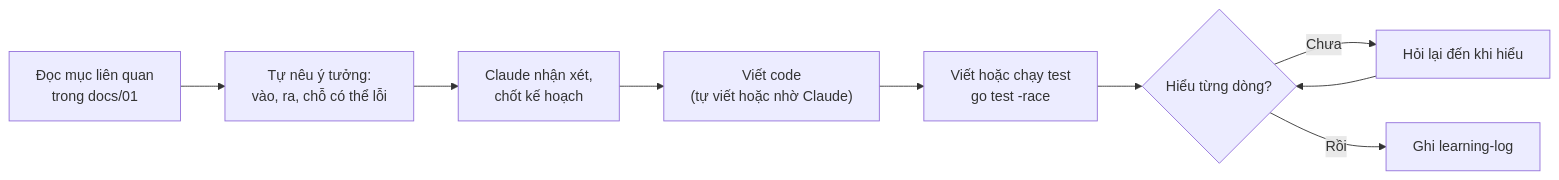
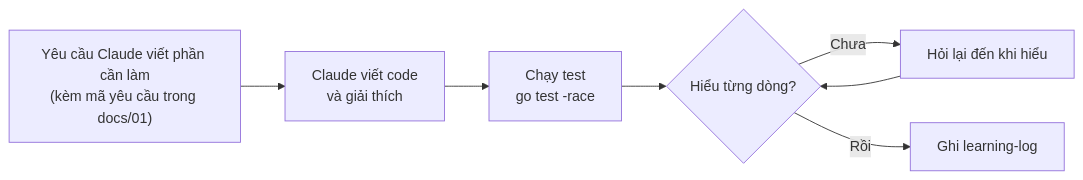
The first of 2 diagrams in docs/03-coding-guidelines.md (DuongNT261/conversion-pipeline), drawn with Mermaid before and after one commit. The commit also changed 4 other files, not shown here.

Commit message:
docs: switch claude to write-first mentoring flow

````diff
--- a/docs/03-coding-guidelines.md
+++ b/docs/03-coding-guidelines.md
@@ -7,10 +7,8 @@
 ```mermaid
 flowchart LR
-    A["Đọc mục liên quan<br/>trong docs/01"] --> B["Tự nêu ý tưởng:<br/>vào, ra, chỗ có thể lỗi"]
-    B --> C["Claude nhận xét,<br/>chốt kế hoạch"]
-    C --> D["Viết code<br/>(tự viết hoặc nhờ Claude)"]
-    D --> E["Viết hoặc chạy test<br/>go test -race"]
+    A["Yêu cầu Claude viết phần cần làm<br/>(kèm mã yêu cầu trong docs/01)"] --> D["Claude viết code<br/>và giải thích"]
+    D --> E["Chạy test<br/>go test -race"]
     E --> F{"Hiểu từng dòng?"}
     F -->|"Chưa"| G["Hỏi lại đến khi hiểu"] --> F
     F -->|"Rồi"| H["Ghi learning-log"]
 ```
````
